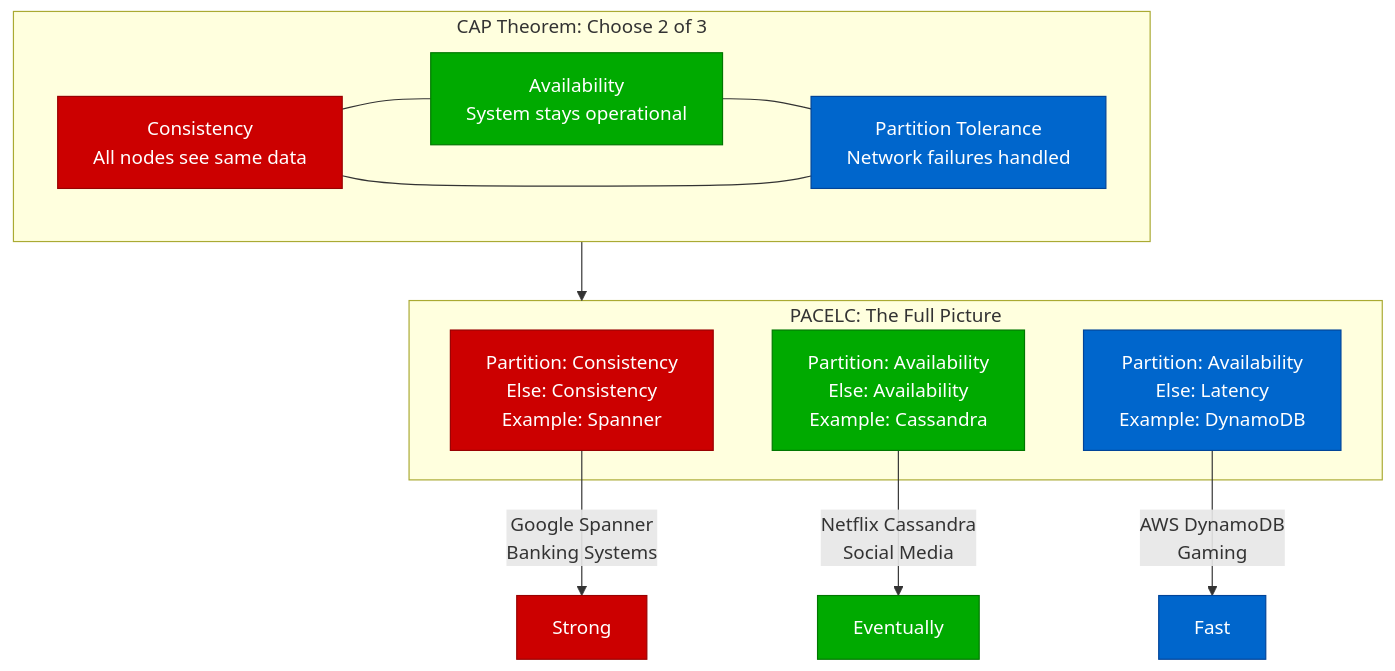
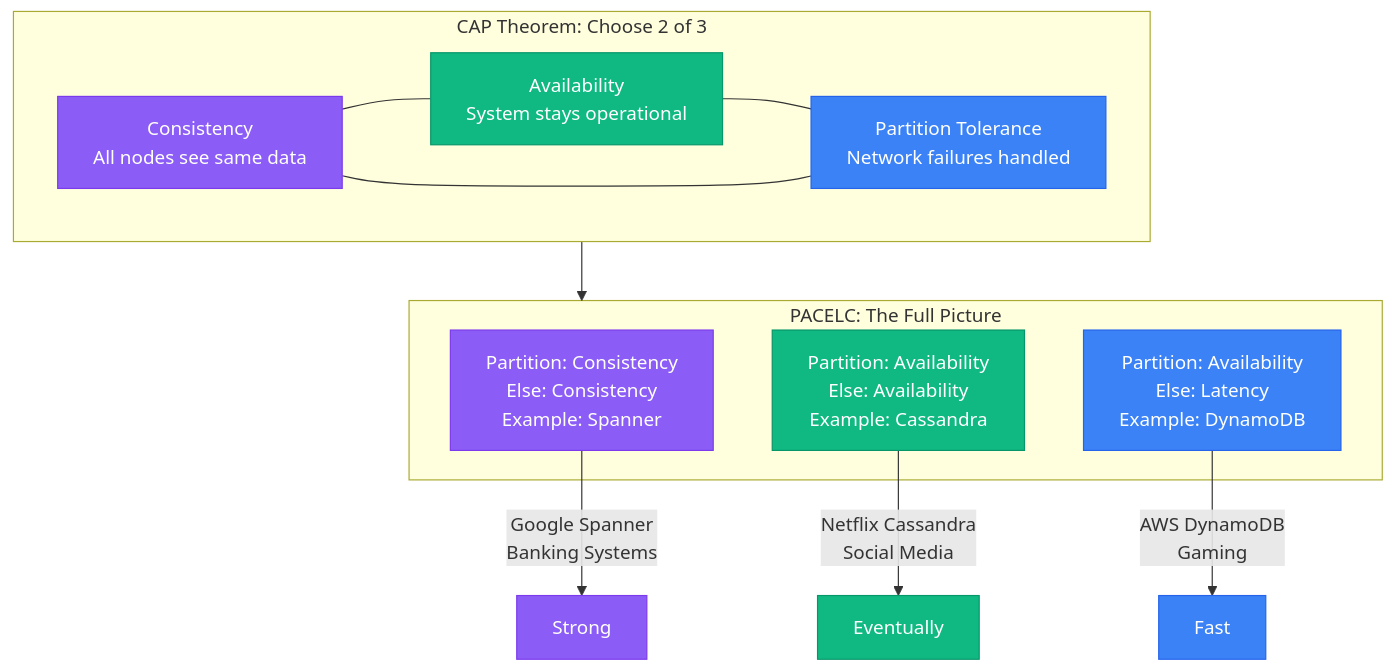
Before and after one commit to deepaucksharma/DS: the first of 3 diagrams in site/docs/foundation/universal-laws.md, drawn with Mermaid. The commit also changed other lines of this file and 303 other files, not shown here.

````diff
--- a/site/docs/foundation/universal-laws.md
+++ b/site/docs/foundation/universal-laws.md
@@ -7,34 +7,34 @@
 ```mermaid
 graph TB
     subgraph CAP["CAP Theorem: Choose 2 of 3"]
         C[Consistency<br/>All nodes see same data]
         A[Availability<br/>System stays operational]
         P[Partition Tolerance<br/>Network failures handled]
 
         C --- A
         A --- P
         P --- C
     end
 
     subgraph PACELC["PACELC: The Full Picture"]
         PC["Partition: Consistency<br/>Else: Consistency<br/>Example: Spanner"]
         PA["Partition: Availability<br/>Else: Availability<br/>Example: Cassandra"]
         PL["Partition: Availability<br/>Else: Latency<br/>Example: DynamoDB"]
     end
 
     CAP --> PACELC
 
     %% Real examples
     PC --> |"Google Spanner<br/>Banking Systems"| Strong
     PA --> |"Netflix Cassandra<br/>Social Media"| Eventually
     PL --> |"AWS DynamoDB<br/>Gaming"| Fast
 
     %% Apply colors
-    classDef strongStyle fill:#CC0000,stroke:#990000,color:#fff
-    classDef eventualStyle fill:#00AA00,stroke:#007700,color:#fff
-    classDef fastStyle fill:#0066CC,stroke:#004499,color:#fff
+    classDef strongStyle fill:#8B5CF6,stroke:#7C3AED,color:#fff
+    classDef eventualStyle fill:#10B981,stroke:#059669,color:#fff
+    classDef fastStyle fill:#3B82F6,stroke:#2563EB,color:#fff
 
     class C,PC,Strong strongStyle
     class A,PA,Eventually eventualStyle
     class P,PL,Fast fastStyle
 ```
````
